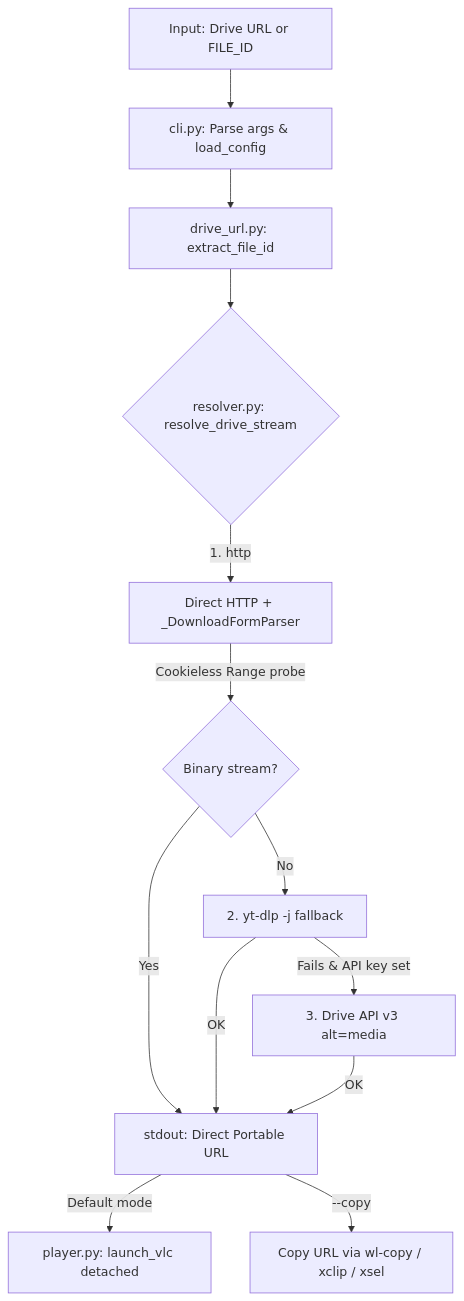
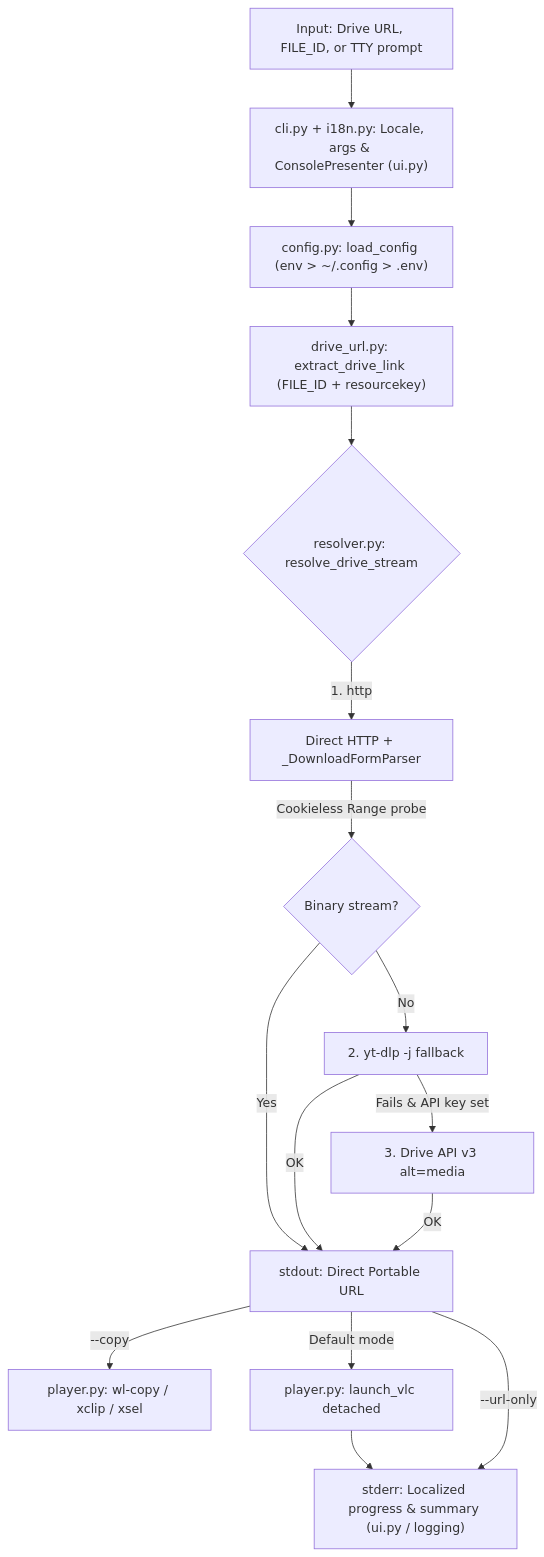
The diagram in README.md (seyerjo/DriveStream-VLC), drawn with Mermaid before and after one commit. The commit also changed 1 other file, not shown here.

Commit message:
docs(architecture): align Mermaid diagrams with v0.2.0 flow

````diff
--- a/README.md
+++ b/README.md
@@ -93,15 +93,18 @@
 ```mermaid
 graph TD
-    A["Input: Drive URL or FILE_ID"] --> B["cli.py: Parse args & load_config"]
-    B --> C["drive_url.py: extract_file_id"]
-    C --> D{"resolver.py: resolve_drive_stream"}
-    D -->|"1. http"| E["Direct HTTP + _DownloadFormParser"]
-    E -->|"Cookieless Range probe"| F{"Binary stream?"}
-    F -->|"Yes"| G["stdout: Direct Portable URL"]
-    F -->|"No"| H["2. yt-dlp -j fallback"]
-    H -->|"Fails & API key set"| I["3. Drive API v3 alt=media"]
-    H -->|"OK"| G
-    I -->|"OK"| G
-    G -->|"Default mode"| J["player.py: launch_vlc detached"]
-    G -->|"--copy"| K["Copy URL via wl-copy / xclip / xsel"]
+    A["Input: Drive URL, FILE_ID, or TTY prompt"] --> B["cli.py + i18n.py: Locale, args & ConsolePresenter (ui.py)"]
+    B --> C["config.py: load_config (env > ~/.config > .env)"]
+    C --> D["drive_url.py: extract_drive_link (FILE_ID + resourcekey)"]
+    D --> E{"resolver.py: resolve_drive_stream"}
+    E -->|"1. http"| F["Direct HTTP + _DownloadFormParser"]
+    F -->|"Cookieless Range probe"| G{"Binary stream?"}
+    G -->|"Yes"| H["stdout: Direct Portable URL"]
+    G -->|"No"| I["2. yt-dlp -j fallback"]
+    I -->|"Fails & API key set"| J["3. Drive API v3 alt=media"]
+    I -->|"OK"| H
+    J -->|"OK"| H
+    H -->|"--copy"| K["player.py: wl-copy / xclip / xsel"]
+    H -->|"Default mode"| L["player.py: launch_vlc detached"]
+    L --> M["stderr: Localized progress & summary (ui.py / logging)"]
+    H -->|"--url-only"| M
 ```
````
